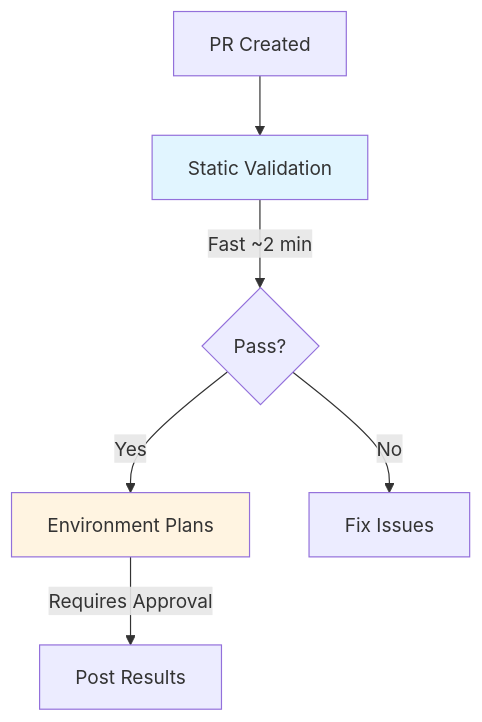
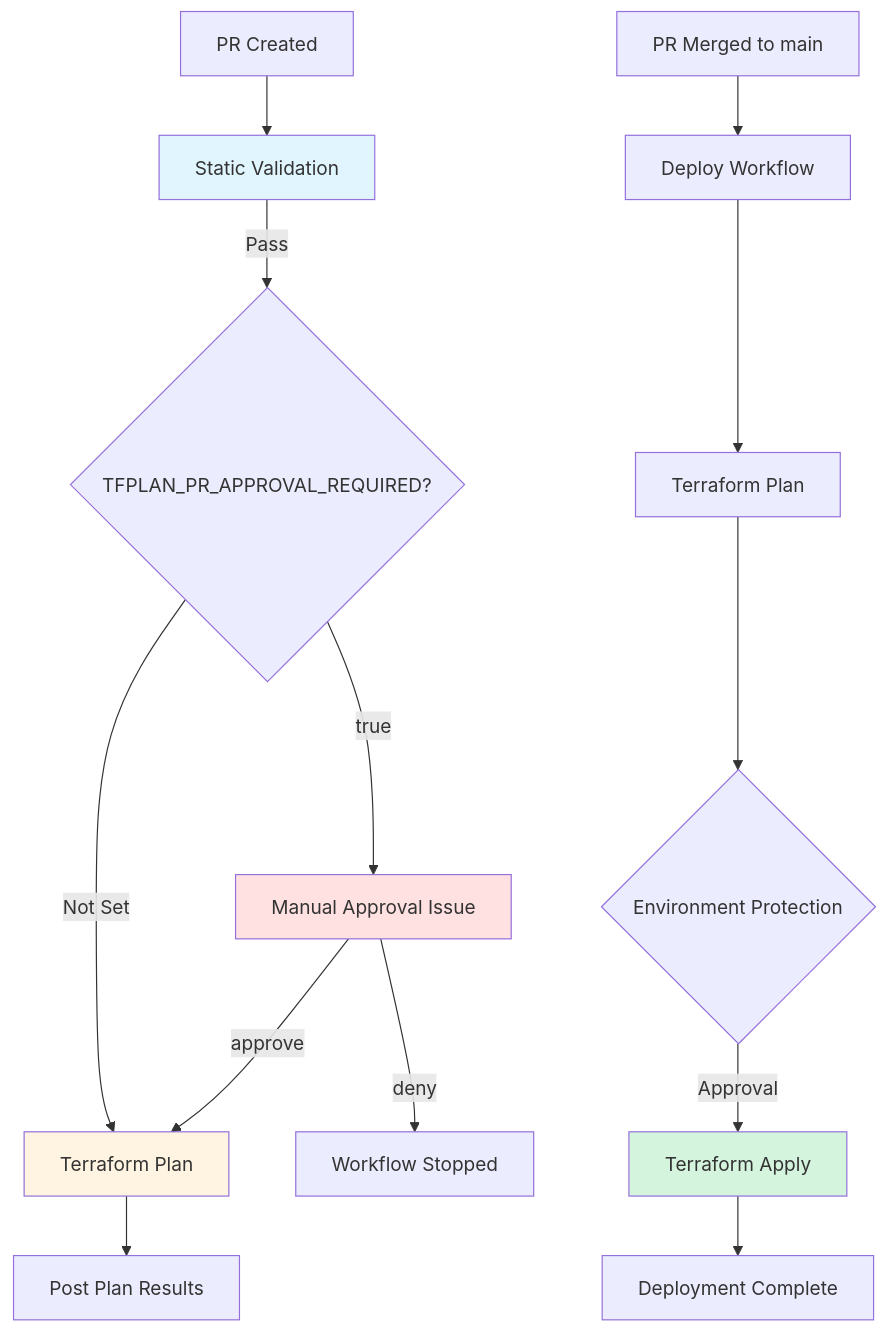
Before and after one commit to kewalaka/terraform-azure-starter-template: the diagram in README.md, drawn with Mermaid. The commit also changed other lines of this file and 4 other files, not shown here.

Commit message:
Add flexible repository variable-based PR workflow: auto-plan by default with optional approval (#7)

````diff
--- a/README.md
+++ b/README.md
@@ -16,11 +16,21 @@
 ```mermaid
 graph TD
     A[PR Created] --> B[Static Validation]
-    B -->|Fast ~2 min| C{Pass?}
-    C -->|Yes| D[Environment Plans]
-    C -->|No| E[Fix Issues]
-    D -->|Requires Approval| F[Post Results]
+    B -->|Pass| C{TFPLAN_PR_APPROVAL_REQUIRED?}
+    C -->|Not Set| D[Terraform Plan]
+    C -->|true| E[Manual Approval Issue]
+    E -->|approve| D
+    E -->|deny| F[Workflow Stopped]
+    D --> G[Post Plan Results]
+    
+    H[PR Merged to main] --> I[Deploy Workflow]
+    I --> J[Terraform Plan]
+    J --> K{Environment Protection}
+    K -->|Approval| L[Terraform Apply]
+    L --> M[Deployment Complete]
     
     style B fill:#e1f5ff
+    style E fill:#ffe1e1
     style D fill:#fff4e1
+    style L fill:#d4f4dd
 ```
````
